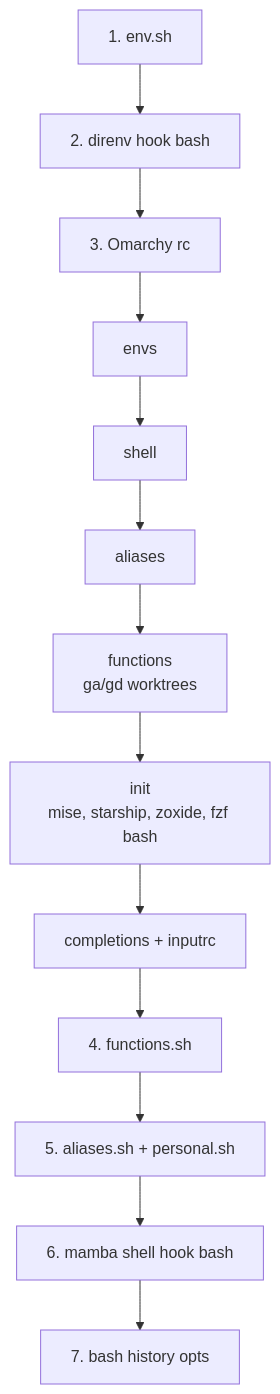
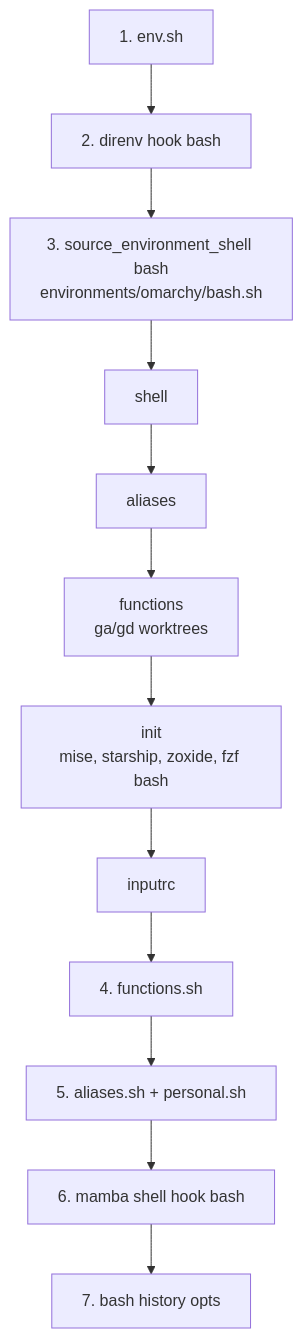
One commit to p10ns11y/shellyxz.sh changed the seventh of 11 diagrams in shell.md. Above: the diagram before and after it, drawn with Mermaid. The commit also changed other lines of this file and 48 other files, not shown here.

First line of the commit message:
Modular shell config with environment presets.

````diff
--- a/shell.md
+++ b/shell.md
@@ -354,15 +347,14 @@
 ```mermaid
 flowchart TD
     A["1. env.sh"] --> B["2. direnv hook bash"]
-    B --> C["3. Omarchy rc"]
-    C --> C1["envs"]
-    C1 --> C2["shell"]
-    C2 --> C3["aliases"]
-    C3 --> C4["functions<br/>ga/gd worktrees"]
-    C4 --> C5["init<br/>mise, starship, zoxide, fzf bash"]
-    C5 --> C6["completions + inputrc"]
-    C6 --> D["4. functions.sh"]
+    B --> C["3. source_environment_shell bash<br/>environments/omarchy/bash.sh"]
+    C --> C1["shell"]
+    C1 --> C2["aliases"]
+    C2 --> C3["functions<br/>ga/gd worktrees"]
+    C3 --> C4["init<br/>mise, starship, zoxide, fzf bash"]
+    C4 --> C5["inputrc"]
+    C5 --> D["4. functions.sh"]
     D --> E["5. aliases.sh + personal.sh"]
     E --> E2["6. mamba shell hook bash"]
     E2 --> F["7. bash history opts"]
 ```
````
